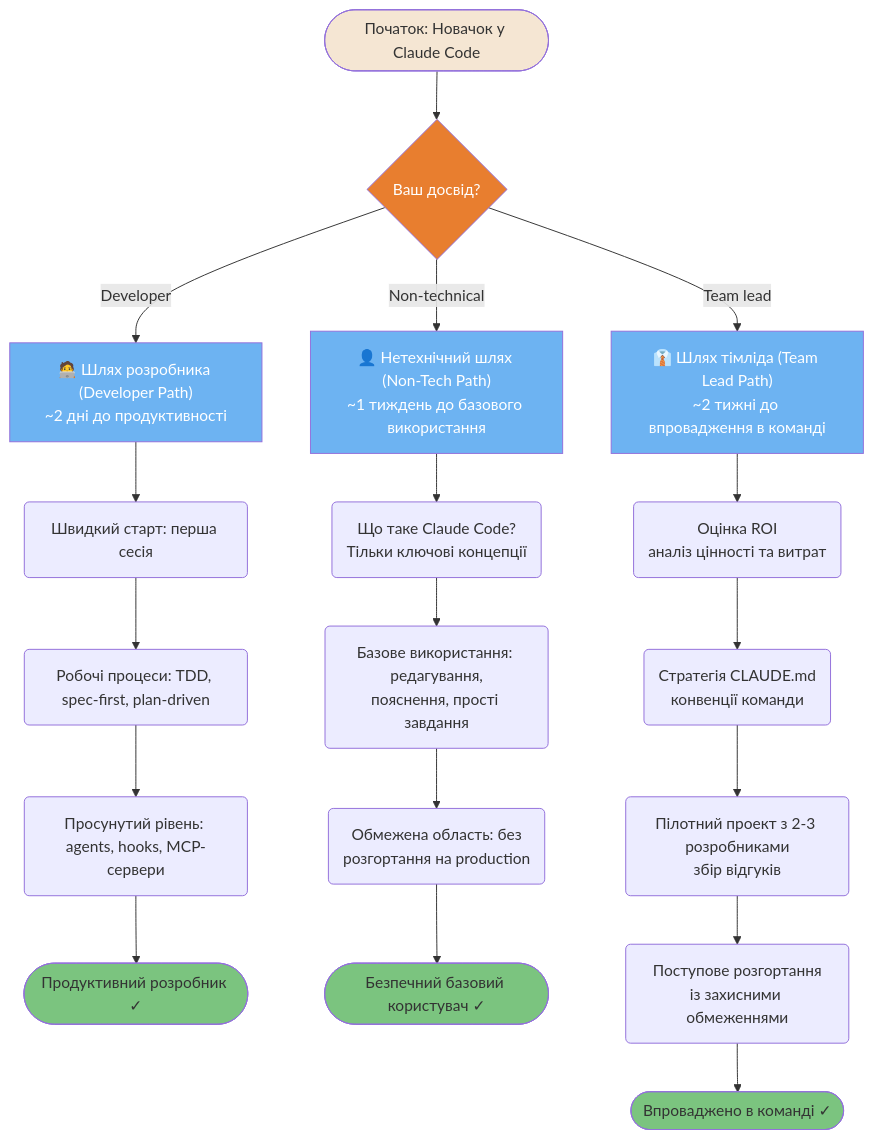
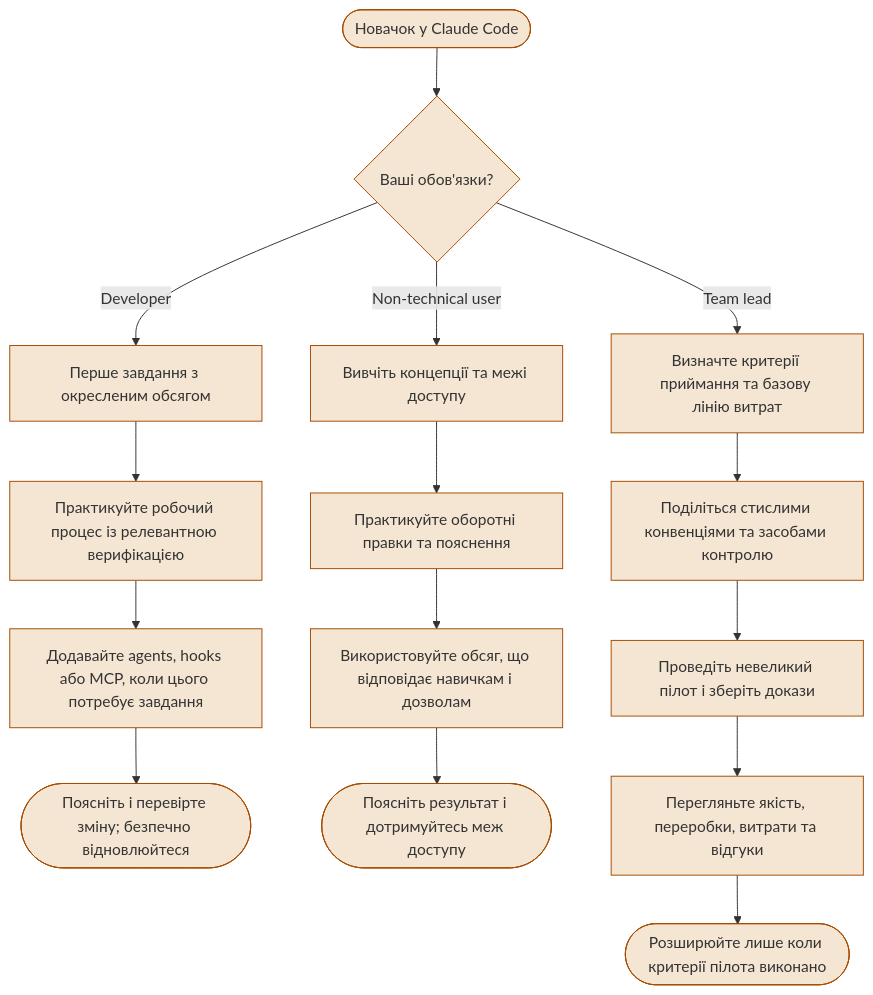
The first of 4 diagrams in guide/diagrams/10-adoption-and-learning.uk.md (sermers-cyber/claude-code-ultimate-guide-ua), drawn with Mermaid before and after one commit. The commit also changed other lines of this file and 80 other files, not shown here.

````diff
--- a/guide/diagrams/10-adoption-and-learning.uk.md
+++ b/guide/diagrams/10-adoption-and-learning.uk.md
@@ -17,51 +17,35 @@
 ```mermaid
 flowchart TD
-    A([Початок: Новачок у Claude Code]) --> B{Ваш досвід?}
+    A([Новачок у Claude Code]) --> B{Ваші обов'язки?}
+    B -->|Developer| C[Перше завдання з окресленим обсягом]
+    C --> D[Практикуйте робочий процес із релевантною верифікацією]
+    D --> E[Додавайте agents, hooks або MCP, коли цього потребує завдання]
+    E --> F([Поясніть і перевірте зміну; безпечно відновлюйтеся])
+    B -->|Non-technical user| G[Вивчіть концепції та межі доступу]
+    G --> H[Практикуйте оборотні правки та пояснення]
+    H --> I[Використовуйте обсяг, що відповідає навичкам і дозволам]
+    I --> J([Поясніть результат і дотримуйтесь меж доступу])
+    B -->|Team lead| K[Визначте критерії приймання та базову лінію витрат]
+    K --> L[Поділіться стислими конвенціями та засобами контролю]
+    L --> M[Проведіть невеликий пілот і зберіть докази]
+    M --> N[Перегляньте якість, переробки, витрати та відгуки]
+    N --> O([Розширюйте лише коли критерії пілота виконано])
 
-    B -->|Developer| C["🧑‍💻 Шлях розробника (Developer Path)<br/>~2 дні до продуктивності"]
-    C --> C1(Швидкий старт: перша сесія)
-    C1 --> C2(Робочі процеси: TDD, spec-first, plan-driven)
-    C2 --> C3(Просунутий рівень: agents, hooks, MCP-сервери)
-    C3 --> C4([Продуктивний розробник ✓])
-
-    B -->|Non-technical| D["👤 Нетехнічний шлях (Non-Tech Path)<br/>~1 тиждень до базового використання"]
-    D --> D1(Що таке Claude Code?<br/>Тільки ключові концепції)
-    D1 --> D2(Базове використання: редагування,<br/>пояснення, прості завдання)
-    D2 --> D3(Обмежена область: без<br/>розгортання на production)
-    D3 --> D4([Безпечний базовий користувач ✓])
-
-    B -->|Team lead| E["👔 Шлях тімліда (Team Lead Path)<br/>~2 тижні до впровадження в команді"]
-    E --> E1(Оцінка ROI<br/>аналіз цінності та витрат)
-    E1 --> E2(Стратегія CLAUDE.md<br/>конвенції команди)
-    E2 --> E3(Пілотний проект з 2-3 розробниками<br/>збір відгуків)
-    E3 --> E4(Поступове розгортання<br/>із захисними обмеженнями)
-    E4 --> E5([Впроваджено в команді ✓])
-
-    style A fill:#F5E6D3,color:#333
-    style B fill:#E87E2F,color:#fff
-    style C fill:#6DB3F2,color:#fff
-    style D fill:#6DB3F2,color:#fff
-    style E fill:#6DB3F2,color:#fff
-    style C4 fill:#7BC47F,color:#333
-    style D4 fill:#7BC47F,color:#333
-    style E5 fill:#7BC47F,color:#333
-
-    click A href "https://github.com/gerasimsergey/claude-code-ultimate-guide-ua/blob/main/guide/roles/adoption-approaches.md" "Start: New to Claude Code"
-    click B href "https://github.com/gerasimsergey/claude-code-ultimate-guide-ua/blob/main/guide/roles/adoption-approaches.md" "Your background?"
-    click C href "https://github.com/gerasimsergey/claude-code-ultimate-guide-ua/blob/main/guide/ultimate-guide.md#12-first-workflow" "Developer Path"
-    click C1 href "https://github.com/gerasimsergey/claude-code-ultimate-guide-ua/blob/main/guide/ultimate-guide.md#12-first-workflow" "Quick Start: first session"
-    click C2 href "https://github.com/gerasimsergey/claude-code-ultimate-guide-ua/blob/main/guide/ultimate-guide.md#12-first-workflow" "Workflows: TDD, spec-first, plan-driven"
-    click C3 href "https://github.com/gerasimsergey/claude-code-ultimate-guide-ua/blob/main/guide/41-what-are-agents" "Advanced: agents, hooks, MCP"
-    click C4 href "https://github.com/gerasimsergey/claude-code-ultimate-guide-ua/blob/main/guide/roles/adoption-approaches.md" "Productive developer"
-    click D href "https://github.com/gerasimsergey/claude-code-ultimate-guide-ua/blob/main/guide/roles/adoption-approaches.md" "Non-Tech Path"
-    click D1 href "https://github.com/gerasimsergey/claude-code-ultimate-guide-ua/blob/main/guide/roles/adoption-approaches.md" "What is Claude Code?"
-    click D2 href "https://github.com/gerasimsergey/claude-code-ultimate-guide-ua/blob/main/guide/roles/adoption-approaches.md" "Basic usage"
-    click D3 href "https://github.com/gerasimsergey/claude-code-ultimate-guide-ua/blob/main/guide/roles/adoption-approaches.md" "Limited scope"
-    click D4 href "https://github.com/gerasimsergey/claude-code-ultimate-guide-ua/blob/main/guide/roles/adoption-approaches.md" "Safe basic user"
-    click E href "https://github.com/gerasimsergey/claude-code-ultimate-guide-ua/blob/main/guide/roles/adoption-approaches.md" "Team Lead Path"
-    click E1 href "https://github.com/gerasimsergey/claude-code-ultimate-guide-ua/blob/main/guide/roles/adoption-approaches.md" "ROI assessment"
-    click E2 href "https://github.com/gerasimsergey/claude-code-ultimate-guide-ua/blob/main/guide/ultimate-guide.md#31-memory-files-claudemd" "CLAUDE.md strategy"
-    click E3 href "https://github.com/gerasimsergey/claude-code-ultimate-guide-ua/blob/main/guide/roles/adoption-approaches.md" "Pilot with 2-3 devs"
-    click E4 href "https://github.com/gerasimsergey/claude-code-ultimate-guide-ua/blob/main/guide/roles/adoption-approaches.md" "Gradual rollout"
-    click E5 href "https://github.com/gerasimsergey/claude-code-ultimate-guide-ua/blob/main/guide/roles/adoption-approaches.md" "Team adoption"
+    classDef diagramNode fill:#F5E6D3,color:#333,stroke:#A64B00
+    class A,B,C,D,E,F,G,H,I,J,K,L,M,N,O diagramNode
+    click A href "https://github.com/FlorianBruniaux/claude-code-ultimate-guide/blob/main/guide/roles/adoption-approaches.md#start--build--scale-a-practical-navigation-layer" "Переглянути в посібнику"
+    click B href "https://github.com/FlorianBruniaux/claude-code-ultimate-guide/blob/main/guide/roles/adoption-approaches.md#start--build--scale-a-practical-navigation-layer" "Переглянути в посібнику"
+    click C href "https://github.com/FlorianBruniaux/claude-code-ultimate-guide/blob/main/guide/roles/adoption-approaches.md#start--build--scale-a-practical-navigation-layer" "Переглянути в посібнику"
+    click D href "https://github.com/FlorianBruniaux/claude-code-ultimate-guide/blob/main/guide/roles/adoption-approaches.md#start--build--scale-a-practical-navigation-layer" "Переглянути в посібнику"
+    click E href "https://github.com/FlorianBruniaux/claude-code-ultimate-guide/blob/main/guide/ultimate-guide.md#41-what-are-agents" "Переглянути в посібнику"
+    click F href "https://github.com/FlorianBruniaux/claude-code-ultimate-guide/blob/main/guide/roles/adoption-approaches.md#start--build--scale-a-practical-navigation-layer" "Переглянути в посібнику"
+    click G href "https://github.com/FlorianBruniaux/claude-code-ultimate-guide/blob/main/guide/roles/adoption-approaches.md#start--build--scale-a-practical-navigation-layer" "Переглянути в посібнику"
+    click H href "https://github.com/FlorianBruniaux/claude-code-ultimate-guide/blob/main/guide/roles/adoption-approaches.md#start--build--scale-a-practical-navigation-layer" "Переглянути в посібнику"
+    click I href "https://github.com/FlorianBruniaux/claude-code-ultimate-guide/blob/main/guide/roles/adoption-approaches.md#start--build--scale-a-practical-navigation-layer" "Переглянути в посібнику"
+    click J href "https://github.com/FlorianBruniaux/claude-code-ultimate-guide/blob/main/guide/roles/adoption-approaches.md#start--build--scale-a-practical-navigation-layer" "Переглянути в посібнику"
+    click K href "https://github.com/FlorianBruniaux/claude-code-ultimate-guide/blob/main/guide/roles/adoption-approaches.md#start--build--scale-a-practical-navigation-layer" "Переглянути в посібнику"
+    click L href "https://github.com/FlorianBruniaux/claude-code-ultimate-guide/blob/main/guide/ultimate-guide.md#31-memory-files-claudemd" "Переглянути в посібнику"
+    click M href "https://github.com/FlorianBruniaux/claude-code-ultimate-guide/blob/main/guide/roles/adoption-approaches.md#start--build--scale-a-practical-navigation-layer" "Переглянути в посібнику"
+    click N href "https://github.com/FlorianBruniaux/claude-code-ultimate-guide/blob/main/guide/roles/adoption-approaches.md#start--build--scale-a-practical-navigation-layer" "Переглянути в посібнику"
+    click O href "https://github.com/FlorianBruniaux/claude-code-ultimate-guide/blob/main/guide/roles/adoption-approaches.md#start--build--scale-a-practical-navigation-layer" "Переглянути в посібнику"
 ```
````
